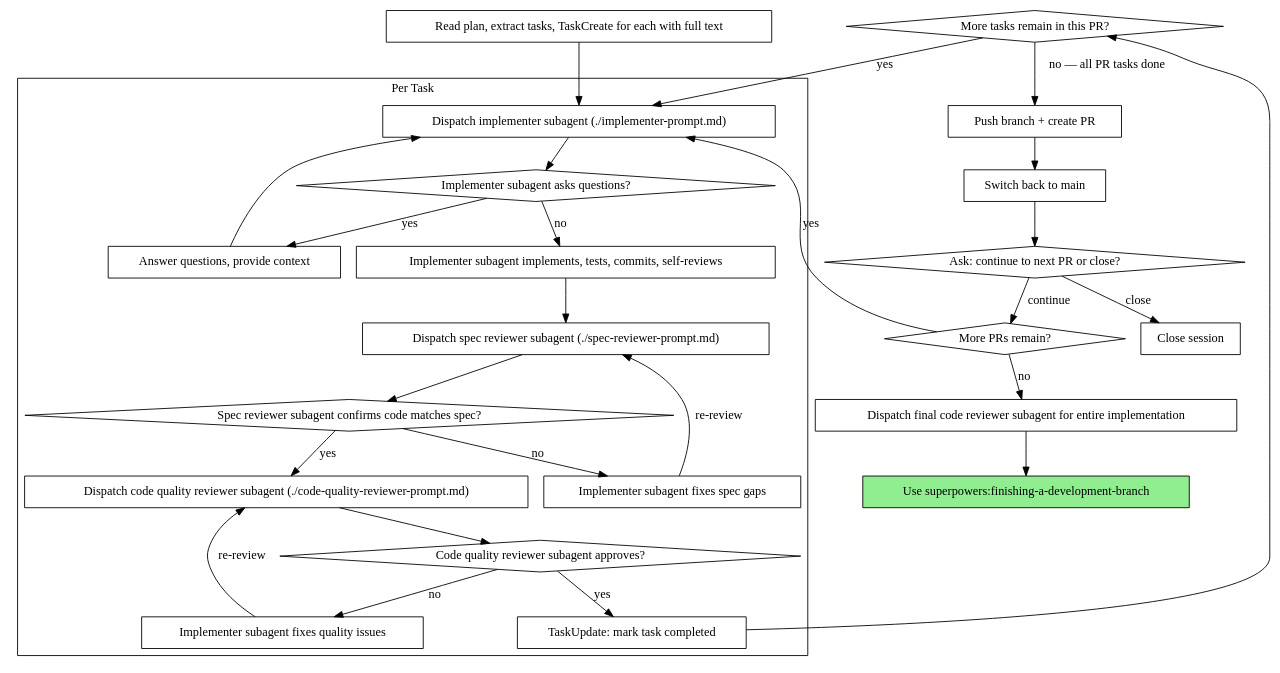
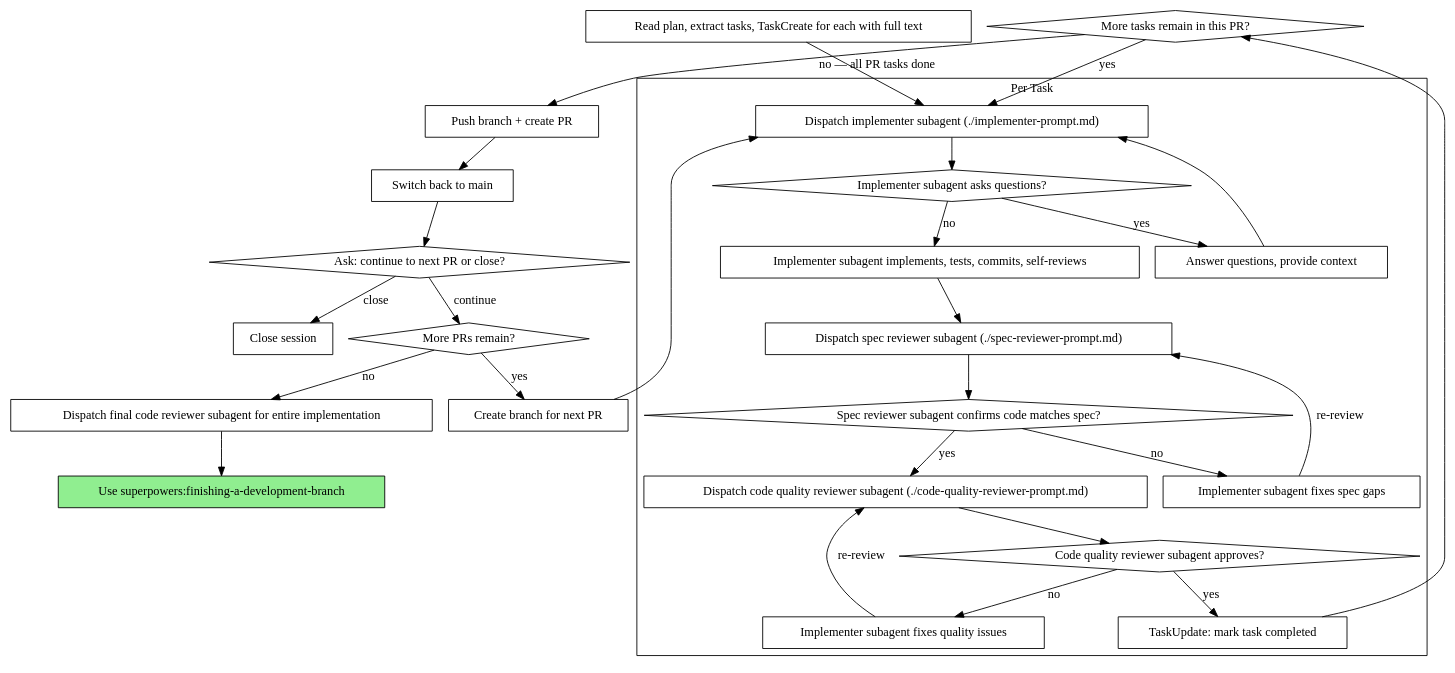
The second of 2 diagrams in plugins/superpowers/skills/subagent-driven-development/SKILL.md (oskar-dragon/claude-code), drawn with Graphviz before and after one commit.

Commit message:
fix(subagent-driven): route next PR through branch creation node in process graph

````diff
--- a/plugins/superpowers/skills/subagent-driven-development/SKILL.md
+++ b/plugins/superpowers/skills/subagent-driven-development/SKILL.md
@@ -41,55 +41,57 @@
 ```dot
 digraph process {
     rankdir=TB;
 
     subgraph cluster_per_task {
         label="Per Task";
         "Dispatch implementer subagent (./implementer-prompt.md)" [shape=box];
         "Implementer subagent asks questions?" [shape=diamond];
         "Answer questions, provide context" [shape=box];
         "Implementer subagent implements, tests, commits, self-reviews" [shape=box];
         "Dispatch spec reviewer subagent (./spec-reviewer-prompt.md)" [shape=box];
         "Spec reviewer subagent confirms code matches spec?" [shape=diamond];
         "Implementer subagent fixes spec gaps" [shape=box];
         "Dispatch code quality reviewer subagent (./code-quality-reviewer-prompt.md)" [shape=box];
         "Code quality reviewer subagent approves?" [shape=diamond];
         "Implementer subagent fixes quality issues" [shape=box];
         "TaskUpdate: mark task completed" [shape=box];
     }
 
     "Read plan, extract tasks, TaskCreate for each with full text" [shape=box];
     "More tasks remain in this PR?" [shape=diamond];
     "Push branch + create PR" [shape=box];
     "Switch back to main" [shape=box];
+    "Create branch for next PR" [shape=box];
     "Ask: continue to next PR or close?" [shape=diamond];
     "Close session" [shape=box];
     "More PRs remain?" [shape=diamond];
     "Dispatch final code reviewer subagent for entire implementation" [shape=box];
     "Use superpowers:finishing-a-development-branch" [shape=box style=filled fillcolor=lightgreen];
 
     "Read plan, extract tasks, TaskCreate for each with full text" -> "Dispatch implementer subagent (./implementer-prompt.md)";
     "Dispatch implementer subagent (./implementer-prompt.md)" -> "Implementer subagent asks questions?";
     "Implementer subagent asks questions?" -> "Answer questions, provide context" [label="yes"];
     "Answer questions, provide context" -> "Dispatch implementer subagent (./implementer-prompt.md)";
     "Implementer subagent asks questions?" -> "Implementer subagent implements, tests, commits, self-reviews" [label="no"];
     "Implementer subagent implements, tests, commits, self-reviews" -> "Dispatch spec reviewer subagent (./spec-reviewer-prompt.md)";
     "Dispatch spec reviewer subagent (./spec-reviewer-prompt.md)" -> "Spec reviewer subagent confirms code matches spec?";
     "Spec reviewer subagent confirms code matches spec?" -> "Implementer subagent fixes spec gaps" [label="no"];
     "Implementer subagent fixes spec gaps" -> "Dispatch spec reviewer subagent (./spec-reviewer-prompt.md)" [label="re-review"];
     "Spec reviewer subagent confirms code matches spec?" -> "Dispatch code quality reviewer subagent (./code-quality-reviewer-prompt.md)" [label="yes"];
     "Dispatch code quality reviewer subagent (./code-quality-reviewer-prompt.md)" -> "Code quality reviewer subagent approves?";
     "Code quality reviewer subagent approves?" -> "Implementer subagent fixes quality issues" [label="no"];
     "Implementer subagent fixes quality issues" -> "Dispatch code quality reviewer subagent (./code-quality-reviewer-prompt.md)" [label="re-review"];
     "Code quality reviewer subagent approves?" -> "TaskUpdate: mark task completed" [label="yes"];
     "TaskUpdate: mark task completed" -> "More tasks remain in this PR?";
     "More tasks remain in this PR?" -> "Dispatch implementer subagent (./implementer-prompt.md)" [label="yes"];
     "More tasks remain in this PR?" -> "Push branch + create PR" [label="no — all PR tasks done"];
     "Push branch + create PR" -> "Switch back to main";
     "Switch back to main" -> "Ask: continue to next PR or close?";
     "Ask: continue to next PR or close?" -> "More PRs remain?" [label="continue"];
     "Ask: continue to next PR or close?" -> "Close session" [label="close"];
-    "More PRs remain?" -> "Dispatch implementer subagent (./implementer-prompt.md)" [label="yes"];
+    "More PRs remain?" -> "Create branch for next PR" [label="yes"];
+    "Create branch for next PR" -> "Dispatch implementer subagent (./implementer-prompt.md)";
     "More PRs remain?" -> "Dispatch final code reviewer subagent for entire implementation" [label="no"];
     "Dispatch final code reviewer subagent for entire implementation" -> "Use superpowers:finishing-a-development-branch";
 }
 ```
````
